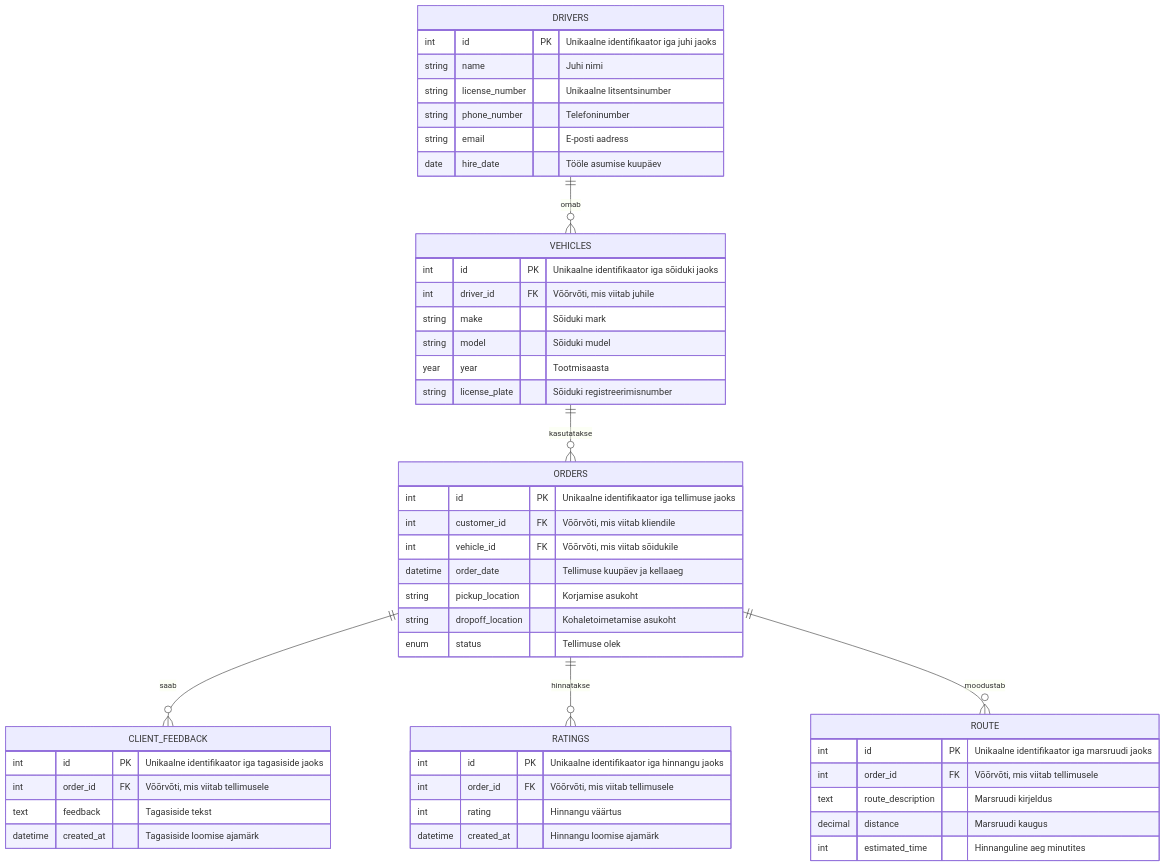
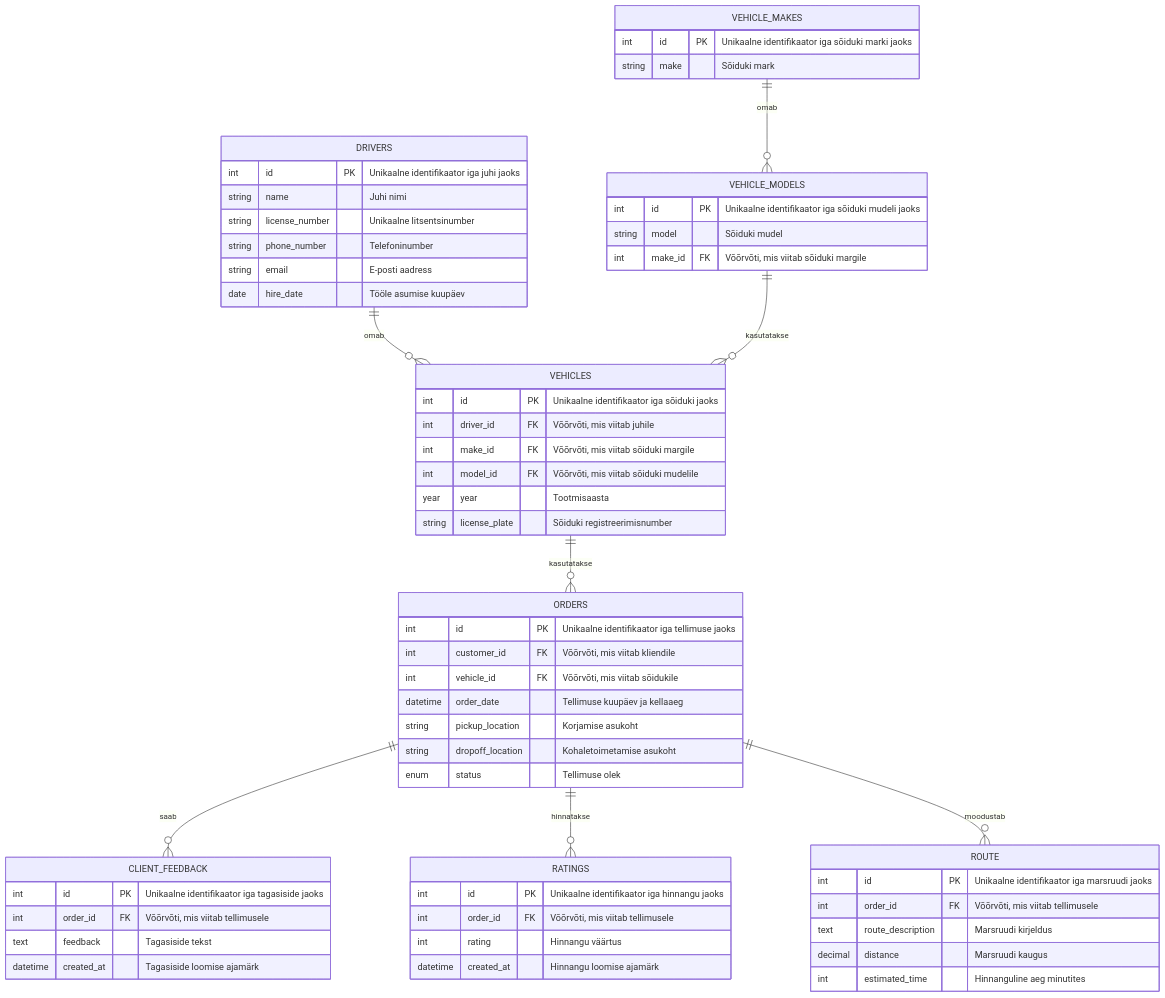
The diagram in schema.mmd (Gren-95/datatypes-db-vikk), drawn with Mermaid before and after one commit. The commit also changed 2 other files, not shown here.

```diff
--- a/schema.mmd
+++ b/schema.mmd
@@ -1,57 +1,70 @@
 erDiagram
     DRIVERS {
         int id PK "Unikaalne identifikaator iga juhi jaoks"
         string name "Juhi nimi"
         string license_number "Unikaalne litsentsinumber"
         string phone_number "Telefoninumber"
         string email "E-posti aadress"
         date hire_date "Tööle asumise kuupäev"
     }
 
+    VEHICLE_MAKES {
+        int id PK "Unikaalne identifikaator iga sõiduki marki jaoks"
+        string make "Sõiduki mark"
+    }
+
+    VEHICLE_MODELS {
+        int id PK "Unikaalne identifikaator iga sõiduki mudeli jaoks"
+        string model "Sõiduki mudel"
+        int make_id FK "Võõrvõti, mis viitab sõiduki margile"
+    }
+
     VEHICLES {
         int id PK "Unikaalne identifikaator iga sõiduki jaoks"
         int driver_id FK "Võõrvõti, mis viitab juhile"
-        string make "Sõiduki mark"
-        string model "Sõiduki mudel"
+        int make_id FK "Võõrvõti, mis viitab sõiduki margile"
+        int model_id FK "Võõrvõti, mis viitab sõiduki mudelile"
         year year "Tootmisaasta"
         string license_plate "Sõiduki registreerimisnumber"
     }
 
     ORDERS {
         int id PK "Unikaalne identifikaator iga tellimuse jaoks"
         int customer_id FK "Võõrvõti, mis viitab kliendile"
         int vehicle_id FK "Võõrvõti, mis viitab sõidukile"
         datetime order_date "Tellimuse kuupäev ja kellaaeg"
         string pickup_location "Korjamise asukoht"
         string dropoff_location "Kohaletoimetamise asukoht"
         enum status "Tellimuse olek"
     }
 
     CLIENT_FEEDBACK {
         int id PK "Unikaalne identifikaator iga tagasiside jaoks"
         int order_id FK "Võõrvõti, mis viitab tellimusele"
         text feedback "Tagasiside tekst"
         datetime created_at "Tagasiside loomise ajamärk"
     }
 
     RATINGS {
         int id PK "Unikaalne identifikaator iga hinnangu jaoks"
         int order_id FK "Võõrvõti, mis viitab tellimusele"
         int rating "Hinnangu väärtus"
         datetime created_at "Hinnangu loomise ajamärk"
     }
 
     ROUTE {
         int id PK "Unikaalne identifikaator iga marsruudi jaoks"
         int order_id FK "Võõrvõti, mis viitab tellimusele"
         text route_description "Marsruudi kirjeldus"
         decimal distance "Marsruudi kaugus"
         int estimated_time "Hinnanguline aeg minutites"
     }
 
     %% Relationships
     DRIVERS ||--o{ VEHICLES : "omab"
+    VEHICLE_MAKES ||--o{ VEHICLE_MODELS : "omab"
+    VEHICLE_MODELS ||--o{ VEHICLES : "kasutatakse"
     VEHICLES ||--o{ ORDERS : "kasutatakse"
     ORDERS ||--o{ CLIENT_FEEDBACK : "saab"
     ORDERS ||--o{ RATINGS : "hinnatakse"
     ORDERS ||--o{ ROUTE : "moodustab"
```
